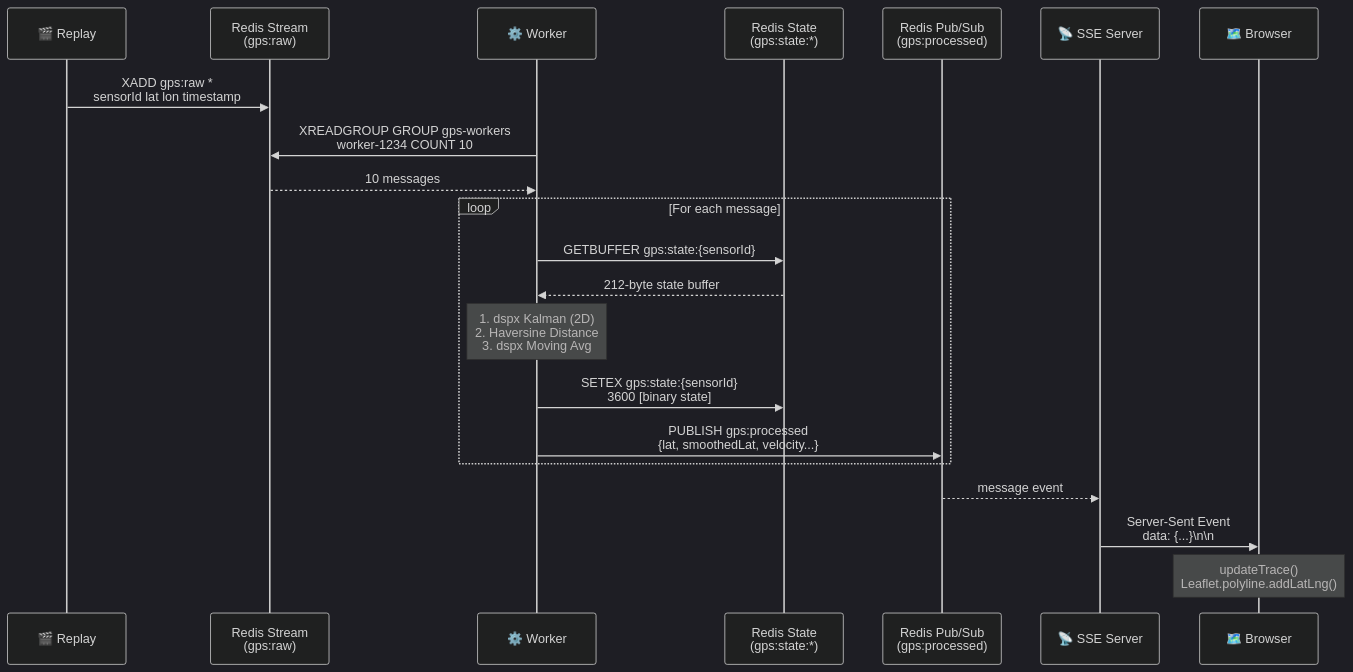
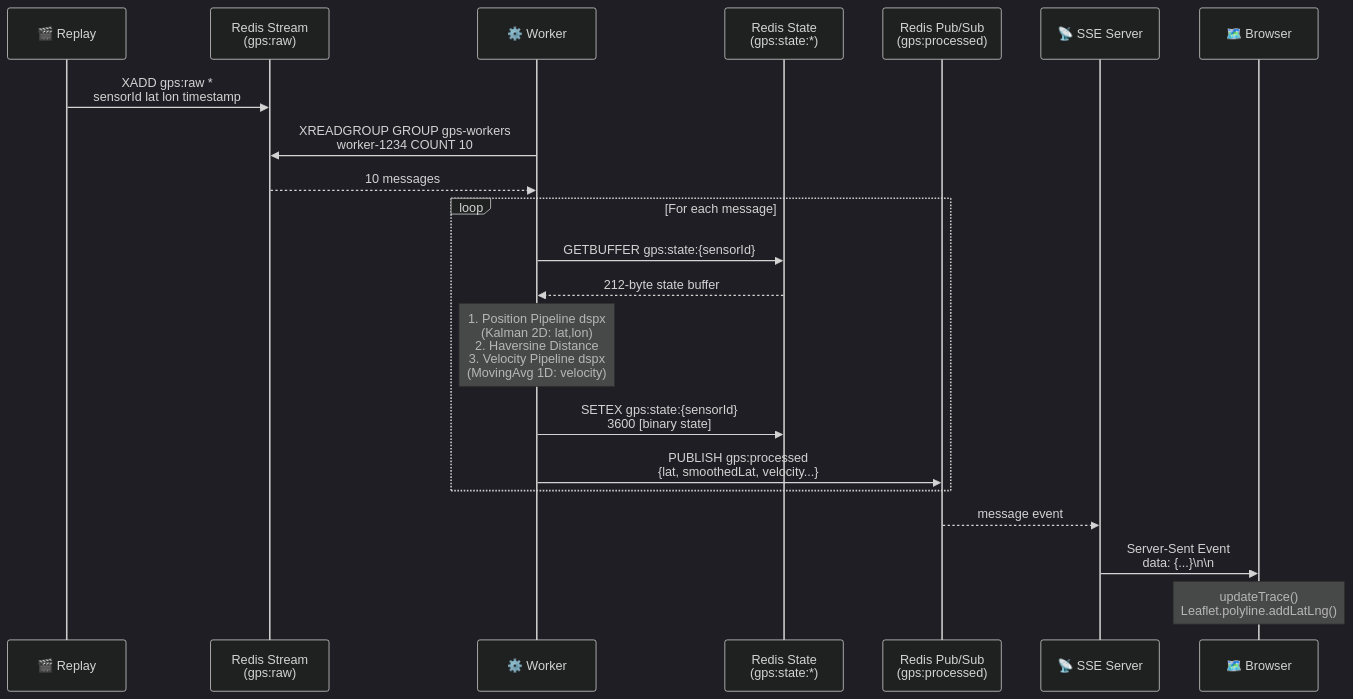
Before and after one commit to A-KGeorge/serverless-gps-demo-dspx: the second of 3 diagrams in ARCHITECTURE.md, drawn with Mermaid (dark theme). The commit also changed other lines of this file and 1 other file, not shown here.

Commit message:
refactor: update GPS processing pipeline to use two separate dspx pipelines for position and velocity

````diff
--- a/ARCHITECTURE.md
+++ b/ARCHITECTURE.md
@@ -215,31 +253,31 @@
 ```mermaid
 sequenceDiagram
     participant Replay as 🎬 Replay
     participant Stream as Redis Stream<br/>(gps:raw)
     participant Worker as ⚙️ Worker
     participant State as Redis State<br/>(gps:state:*)
     participant PubSub as Redis Pub/Sub<br/>(gps:processed)
     participant SSE as 📡 SSE Server
     participant Browser as 🗺️ Browser
 
     Replay->>Stream: XADD gps:raw *<br/>sensorId lat lon timestamp
 
     Worker->>Stream: XREADGROUP GROUP gps-workers<br/>worker-1234 COUNT 10
     Stream-->>Worker: 10 messages
 
     loop For each message
         Worker->>State: GETBUFFER gps:state:{sensorId}
         State-->>Worker: 212-byte state buffer
 
-        Note over Worker: 1. dspx Kalman (2D)<br/>2. Haversine Distance<br/>3. dspx Moving Avg
+        Note over Worker: 1. Position Pipeline dspx<br/>   (Kalman 2D: lat,lon)<br/>2. Haversine Distance<br/>3. Velocity Pipeline dspx<br/>   (MovingAvg 1D: velocity)
 
         Worker->>State: SETEX gps:state:{sensorId}<br/>3600 [binary state]
 
         Worker->>PubSub: PUBLISH gps:processed<br/>{lat, smoothedLat, velocity...}
     end
 
     PubSub-->>SSE: message event
     SSE->>Browser: Server-Sent Event<br/>data: {...}\n\n
 
     Note over Browser: updateTrace()<br/>Leaflet.polyline.addLatLng()
 ```
````
